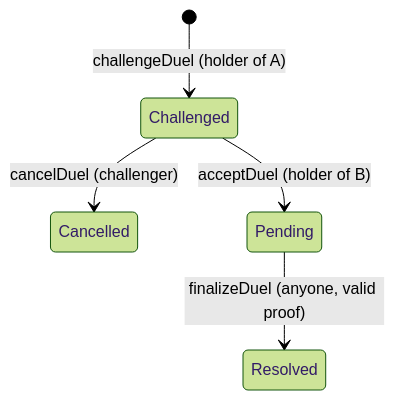
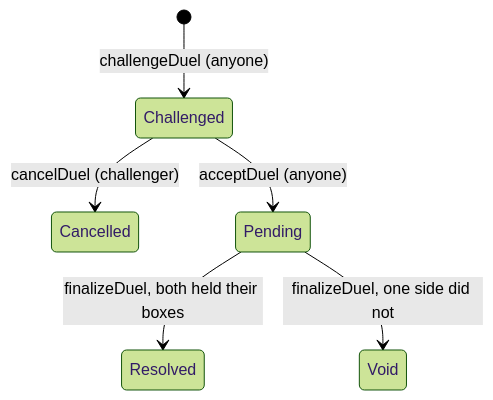
The tenth of 19 diagrams in docs/FLOWS.md (jecombe/do_not_open), drawn with Mermaid (forest theme) before and after one commit. The commit also changed other lines of this file and 25 other files, not shown here.

````diff
--- a/docs/FLOWS.md
+++ b/docs/FLOWS.md
@@ -210,7 +305,8 @@
 ```mermaid
 stateDiagram-v2
-  [*] --> Challenged: challengeDuel (holder of A)
+  [*] --> Challenged: challengeDuel (anyone)
   Challenged --> Cancelled: cancelDuel (challenger)
-  Challenged --> Pending: acceptDuel (holder of B)
-  Pending --> Resolved: finalizeDuel (anyone, valid proof)
+  Challenged --> Pending: acceptDuel (anyone)
+  Pending --> Resolved: finalizeDuel, both held their boxes
+  Pending --> Void: finalizeDuel, one side did not
 ```
````
